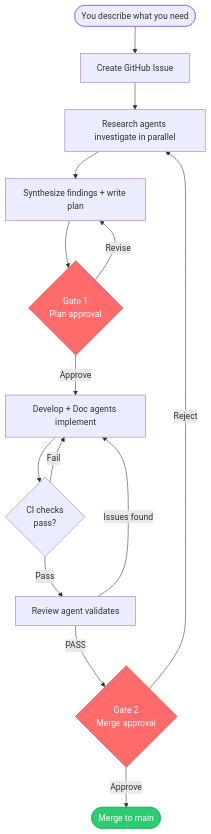
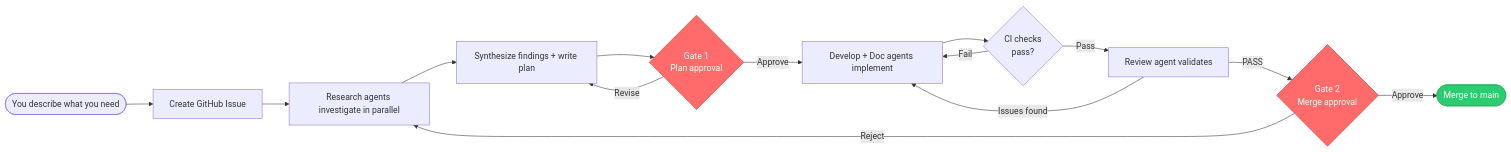
The diagram in README.md (Mpfk/auto), drawn with Mermaid before and after one commit.

Commit message:
docs(readme): make workflow diagram horizontal

````diff
--- a/README.md
+++ b/README.md
@@ -24,20 +24,20 @@
 ```mermaid
-flowchart TD
+flowchart LR
     A([You describe what you need]) --> B[Create GitHub Issue]
     B --> C[Research agents investigate in parallel]
     C --> D[Synthesize findings + write plan]
     D --> G1{Gate 1<br/>Plan approval}
     G1 -- Approve --> E[Develop + Doc agents implement]
     G1 -- Revise --> D
     E --> CI{CI checks<br/>pass?}
     CI -- Fail --> E
     CI -- Pass --> F[Review agent validates]
     F -- Issues found --> E
     F -- PASS --> G2{Gate 2<br/>Merge approval}
     G2 -- Approve --> M([Merge to main])
     G2 -- Reject --> C
 
     style G1 fill:#ff6b6b,color:#fff,stroke:#c0392b
     style G2 fill:#ff6b6b,color:#fff,stroke:#c0392b
     style M fill:#2ecc71,color:#fff,stroke:#27ae60
 ```
````
